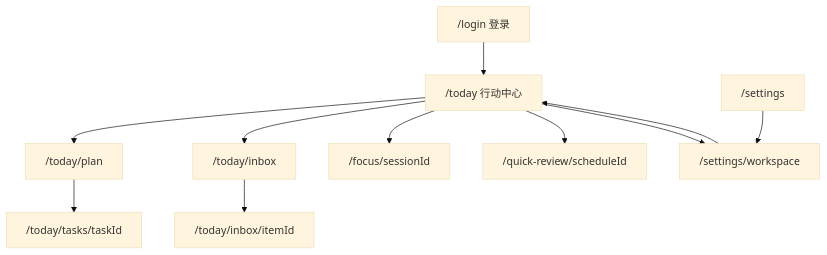
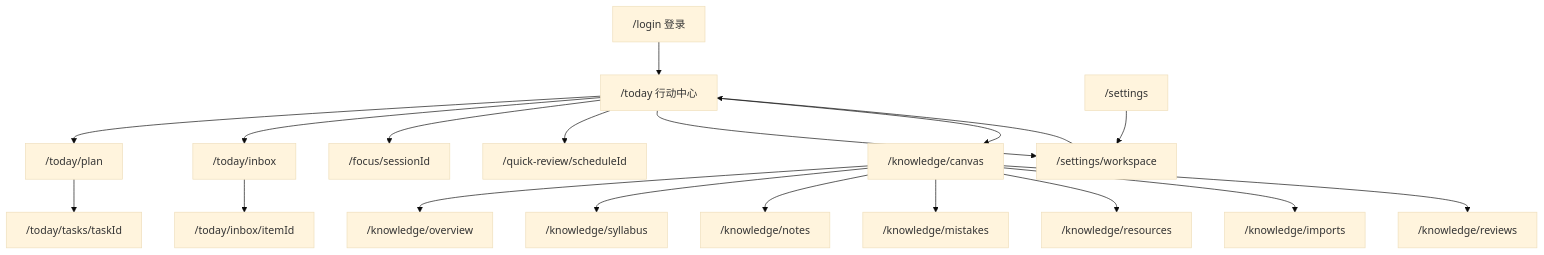
One commit to AreaSong/AreaForge changed the diagram in docs/ux/site-navigation.md. Above: the diagram before and after it, drawn with Mermaid (base theme). The commit also changed other lines of this file and 47 other files, not shown here.

````diff
--- a/docs/ux/site-navigation.md
+++ b/docs/ux/site-navigation.md
@@ -9,13 +9,21 @@
 ```mermaid
 flowchart TB
   login["/login 登录"] --> today["/today 行动中心"]
   today --> plan["/today/plan"]
   today --> inbox["/today/inbox"]
   today --> focus["/focus/sessionId"]
   today --> quickReview["/quick-review/scheduleId"]
   today --> workspace["/settings/workspace"]
+  today --> knowledge["/knowledge/canvas"]
+  knowledge --> overview["/knowledge/overview"]
+  knowledge --> syllabus["/knowledge/syllabus"]
+  knowledge --> notes["/knowledge/notes"]
+  knowledge --> mistakes["/knowledge/mistakes"]
+  knowledge --> resources["/knowledge/resources"]
+  knowledge --> imports["/knowledge/imports"]
+  knowledge --> reviews["/knowledge/reviews"]
   plan --> task["/today/tasks/taskId"]
   inbox --> inboxItem["/today/inbox/itemId"]
   workspace --> today
   settings["/settings"] --> workspace
 ```
````
